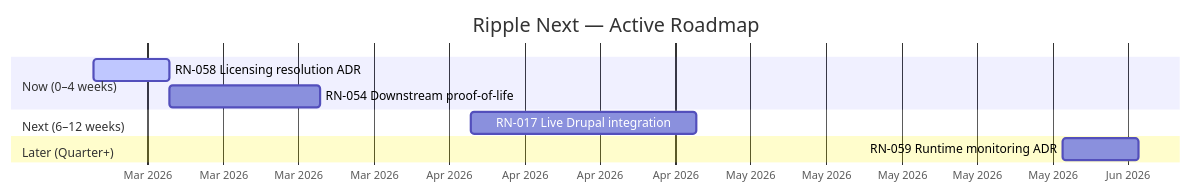
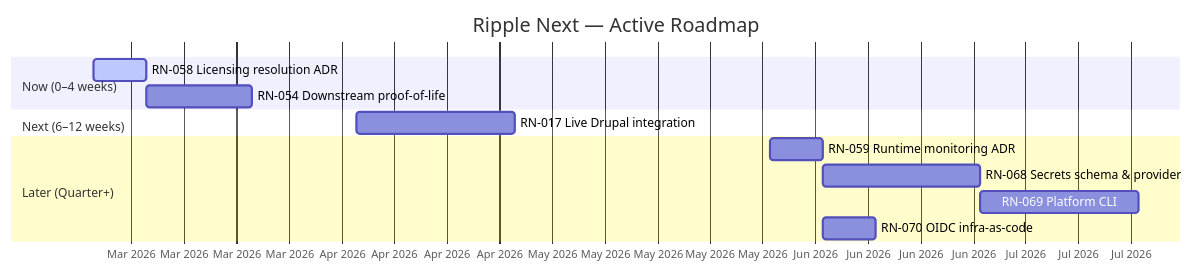
One commit to jbejenar/ripple-next changed the diagram in docs/product-roadmap/README.md. Above: the diagram before and after it, drawn with Mermaid. The commit also changed other lines of this file and 8 other files, not shown here.

First line of the commit message:
feat: add secrets management, platform CLI & OIDC roadmap items (RN-068/069/070)

````diff
--- a/docs/product-roadmap/README.md
+++ b/docs/product-roadmap/README.md
@@ -16,16 +16,19 @@
 ```mermaid
 gantt
     title Ripple Next — Active Roadmap
     dateFormat YYYY-MM-DD
     axisFormat %b %Y
 
     section Now (0–4 weeks)
     RN-058 Licensing resolution ADR        :active, rn058, 2026-03-03, 7d
     RN-054 Downstream proof-of-life        :rn054, 2026-03-10, 14d
 
     section Next (6–12 weeks)
     RN-017 Live Drupal integration         :rn017, 2026-04-07, 21d
 
     section Later (Quarter+)
     RN-059 Runtime monitoring ADR          :rn059, 2026-06-01, 7d
+    RN-068 Secrets schema & provider       :rn068, 2026-06-08, 21d
+    RN-069 Platform CLI                    :rn069, after rn068, 21d
+    RN-070 OIDC infra-as-code              :rn070, 2026-06-08, 7d
 ```
````
